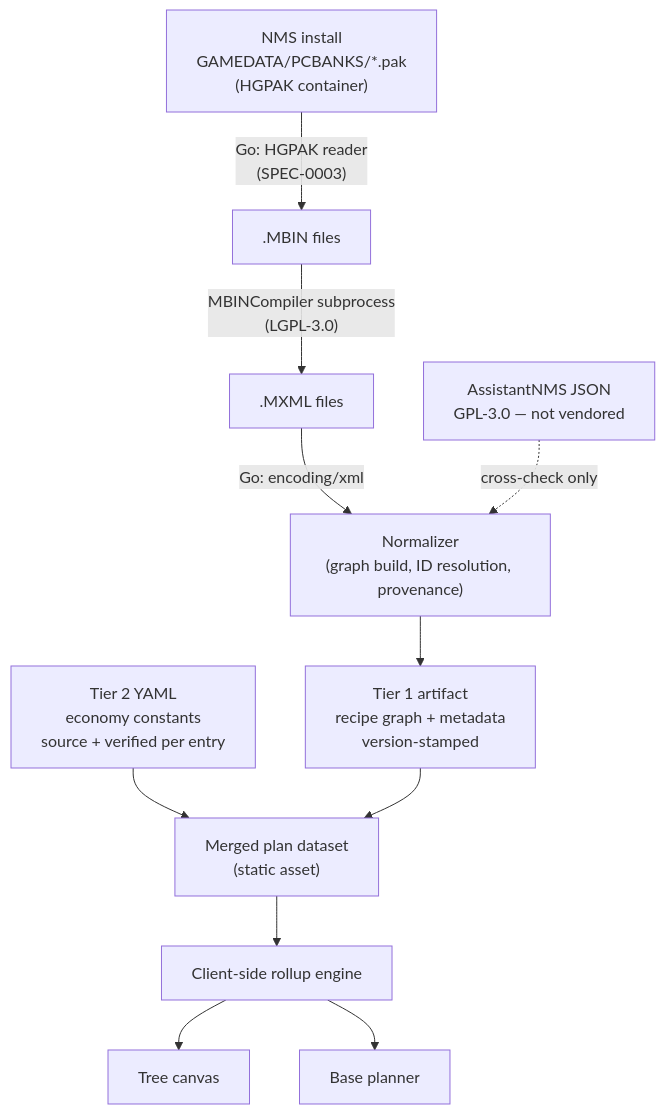
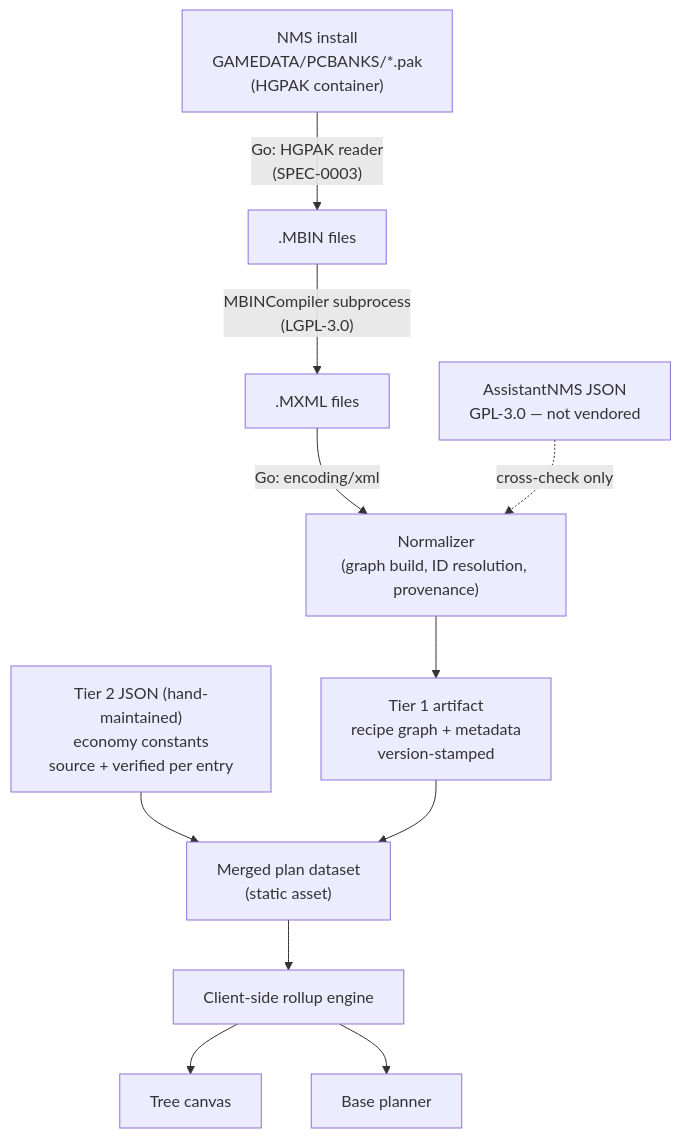
One commit to jonstump/nms-base-planner changed the diagram in docs/adrs/ADR-0001-two-tier-nms-data-ingestion.md. Above: the diagram before and after it, drawn with Mermaid. The commit also changed other lines of this file and 13 other files, not shown here.

````diff
--- a/docs/adrs/ADR-0001-two-tier-nms-data-ingestion.md
+++ b/docs/adrs/ADR-0001-two-tier-nms-data-ingestion.md
@@ -152,13 +154,13 @@
 ```mermaid
 graph TD
     A["NMS install<br/>GAMEDATA/PCBANKS/*.pak<br/>(HGPAK container)"] -->|"Go: HGPAK reader<br/>(SPEC-0003)"| B[".MBIN files"]
     B -->|"MBINCompiler subprocess<br/>(LGPL-3.0)"| C[".MXML files"]
     C -->|"Go: encoding/xml"| D["Normalizer<br/>(graph build, ID resolution, provenance)"]
     D --> E["Tier 1 artifact<br/>recipe graph + metadata<br/>version-stamped"]
-    F["Tier 2 YAML<br/>economy constants<br/>source + verified per entry"] --> G
+    F["Tier 2 JSON (hand-maintained)<br/>economy constants<br/>source + verified per entry"] --> G
     E --> G["Merged plan dataset<br/>(static asset)"]
     G --> H["Client-side rollup engine"]
     H --> I["Tree canvas"]
     H --> J["Base planner"]
     K["AssistantNMS JSON<br/>GPL-3.0 — not vendored"] -.->|cross-check only| D
 ```
````
